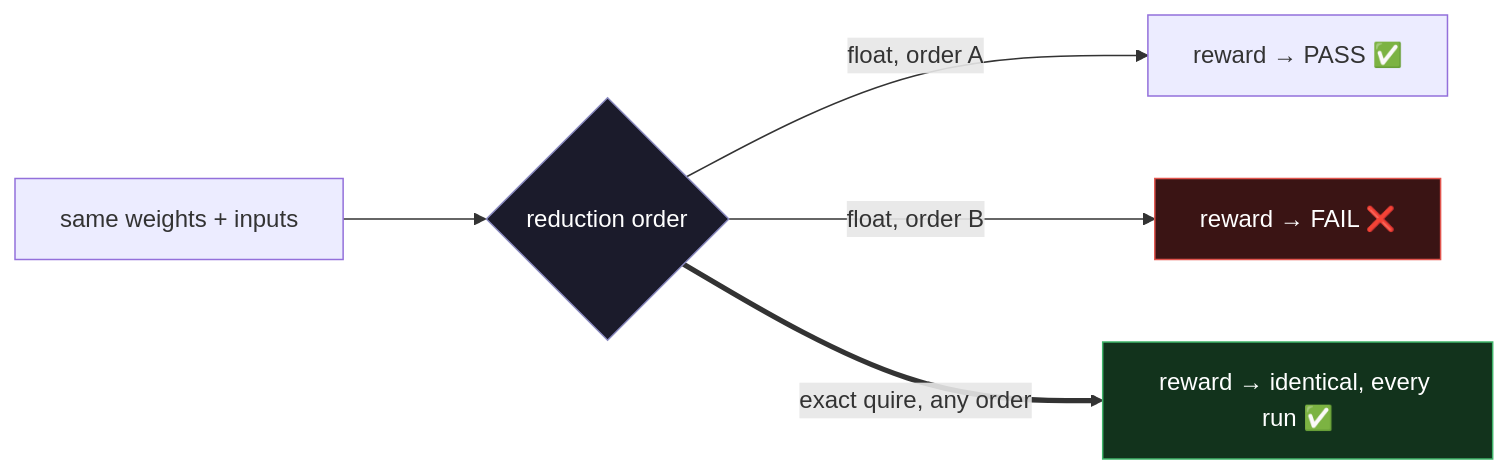
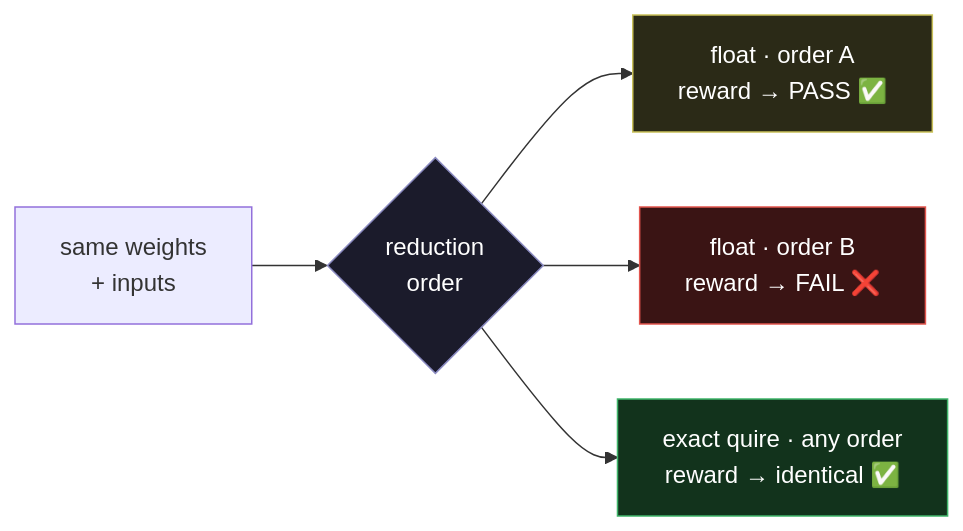
The diagram in README.md (anomly-labs/rl-reproducibility), drawn with Mermaid before and after one commit. The commit also changed other lines of this file, not shown here.

First line of the commit message:
README: reframe hero (drop the '%' that read as coverage) + fix mermaid overlap

````diff
--- a/README.md
+++ b/README.md
@@ -29,11 +29,11 @@
 ```mermaid
-%%{init: {'flowchart': {'rankSpacing': 95, 'nodeSpacing': 55, 'curve': 'basis'}}}%%
 flowchart LR
-    X["same weights + inputs"] --> O{"reduction order"}
-    O -->|"float, order A"| A["reward → PASS ✅"]
-    O -->|"float, order B"| B["reward → FAIL ❌"]
-    O ==>|"exact quire, any order"| C["reward → identical, every run ✅"]
+    X["same weights<br/>+ inputs"] --> O{"reduction<br/>order"}
+    O --> A["float · order A<br/>reward → PASS ✅"]
+    O --> B["float · order B<br/>reward → FAIL ❌"]
+    O --> C["exact quire · any order<br/>reward → identical ✅"]
+    style A fill:#2b2a17,stroke:#c9c15a,color:#ffffff
     style B fill:#3a1414,stroke:#e2554e,color:#ffffff
     style C fill:#12331c,stroke:#3fb56a,color:#ffffff
     style O fill:#1b1b2b,stroke:#8a8ac0,color:#ffffff
 ```
````
